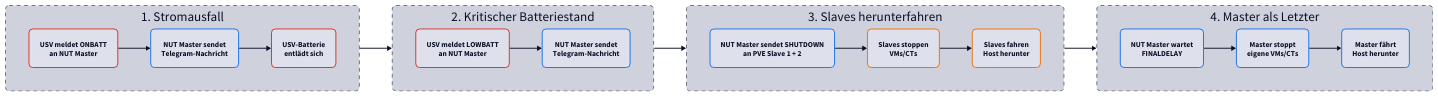
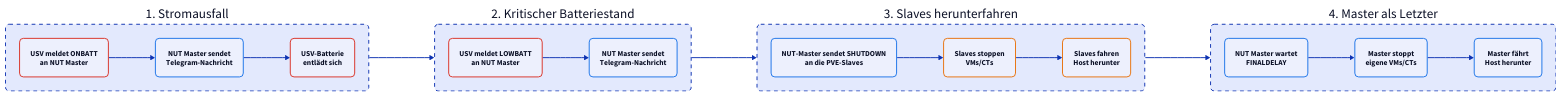
One commit to derever-labs/homelab-wiki changed the second of 2 diagrams in docs/ups/index.md. Above: the diagram before and after it, drawn with D2. The commit also changed other lines of this file and 8 other files, not shown here.

````diff
--- a/docs/ups/index.md
+++ b/docs/ups/index.md
@@ -63,54 +59,47 @@
 ```d2
-vars: {
-  d2-config: {
-    theme-id: 1
-    layout-engine: elk
-  }
-}
-
 direction: right
 
 classes: {
   usv: { style: { border-radius: 8; stroke: "#d93025" } }
   nut: { style: { border-radius: 8; stroke: "#1a73e8" } }
   slave: { style: { border-radius: 8; stroke: "#e8710a" } }
   phase: { style: { border-radius: 8; stroke-dash: 4 } }
 }
 
 onbatt: 1. Stromausfall {
   class: phase
   direction: down
   ev: "USV meldet ONBATT\nan NUT Master" { class: usv }
   n1: "NUT Master sendet\nTelegram-Nachricht" { class: nut }
   drain: "USV-Batterie\nentlädt sich" { class: usv }
   ev -> n1 -> drain
 }
 
 lowbatt: 2. Kritischer Batteriestand {
   class: phase
   direction: down
   ev: "USV meldet LOWBATT\nan NUT Master" { class: usv }
   n2: "NUT Master sendet\nTelegram-Nachricht" { class: nut }
   ev -> n2
 }
 
 slaves: 3. Slaves herunterfahren {
   class: phase
   direction: down
-  cmd: "NUT Master sendet SHUTDOWN\nan PVE Slave 1 + 2" { class: nut }
+  cmd: "NUT-Master sendet SHUTDOWN\nan die PVE-Slaves" { class: nut }
   vms: "Slaves stoppen\nVMs/CTs" { class: slave }
   halt: "Slaves fahren\nHost herunter" { class: slave }
   cmd -> vms -> halt
 }
 
 master: 4. Master als Letzter {
   class: phase
   direction: down
   delay: "NUT Master wartet\nFINALDELAY" { class: nut }
   vms: "Master stoppt\neigene VMs/CTs" { class: nut }
   halt: "Master fährt\nHost herunter" { class: nut }
   delay -> vms -> halt
 }
 
 onbatt -> lowbatt -> slaves -> master
 ```
````
